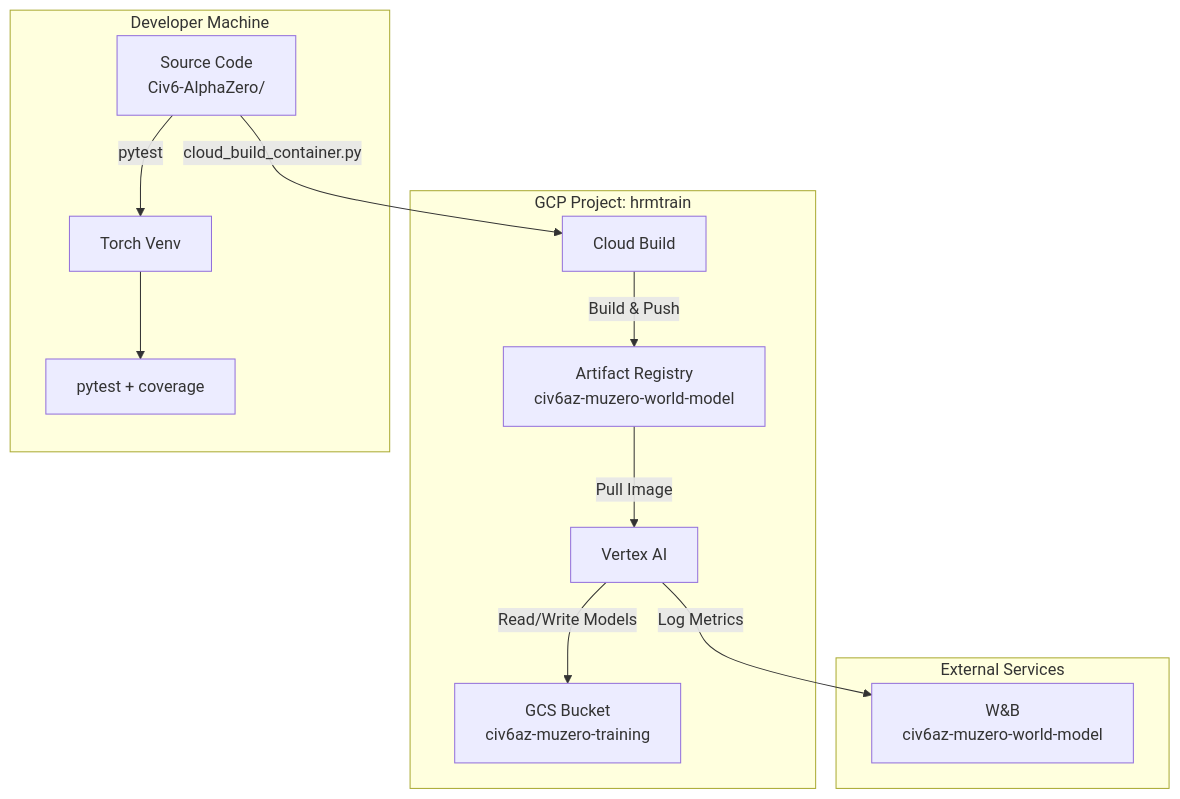
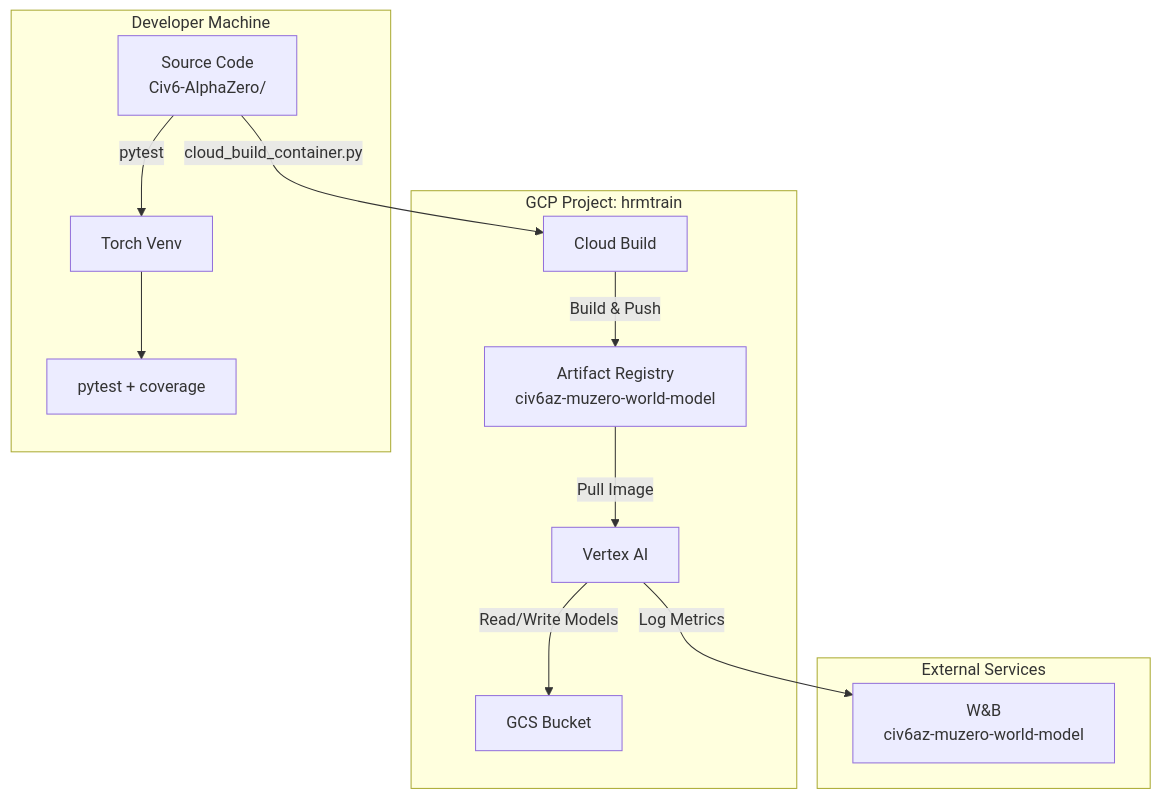
The first of 2 diagrams in docs/architecture/adr/0003-gcp-resource-deployment.md (Mango-Metrics-NLM/Civ6-AlphaZero), drawn with Mermaid before and after one commit. The commit also changed other lines of this file and 119 other files, not shown here.

````diff
--- a/docs/architecture/adr/0003-gcp-resource-deployment.md
+++ b/docs/architecture/adr/0003-gcp-resource-deployment.md
@@ -16,27 +16,27 @@
 ```mermaid
 flowchart TB
     subgraph GCP["GCP Project: hrmtrain"]
         AR["Artifact Registry<br/>civ6az-muzero-world-model"]
-        GCS["GCS Bucket<br/>civ6az-muzero-training"]
+        GCS["GCS Bucket<br/><muzero-bucket>"]
         CB["Cloud Build"]
         VAI["Vertex AI"]
     end
 
     subgraph Local["Developer Machine"]
         SRC["Source Code<br/>Civ6-AlphaZero/"]
         VENV["Torch Venv"]
         PYTEST["pytest + coverage"]
     end
 
     subgraph External["External Services"]
         WB["W&B<br/>civ6az-muzero-world-model"]
     end
 
     SRC -->|"cloud_build_container.py"| CB
     CB -->|"Build & Push"| AR
     AR -->|"Pull Image"| VAI
     VAI -->|"Read/Write Models"| GCS
     VAI -->|"Log Metrics"| WB
     SRC -->|"pytest"| VENV
     VENV --> PYTEST
 ```
````
